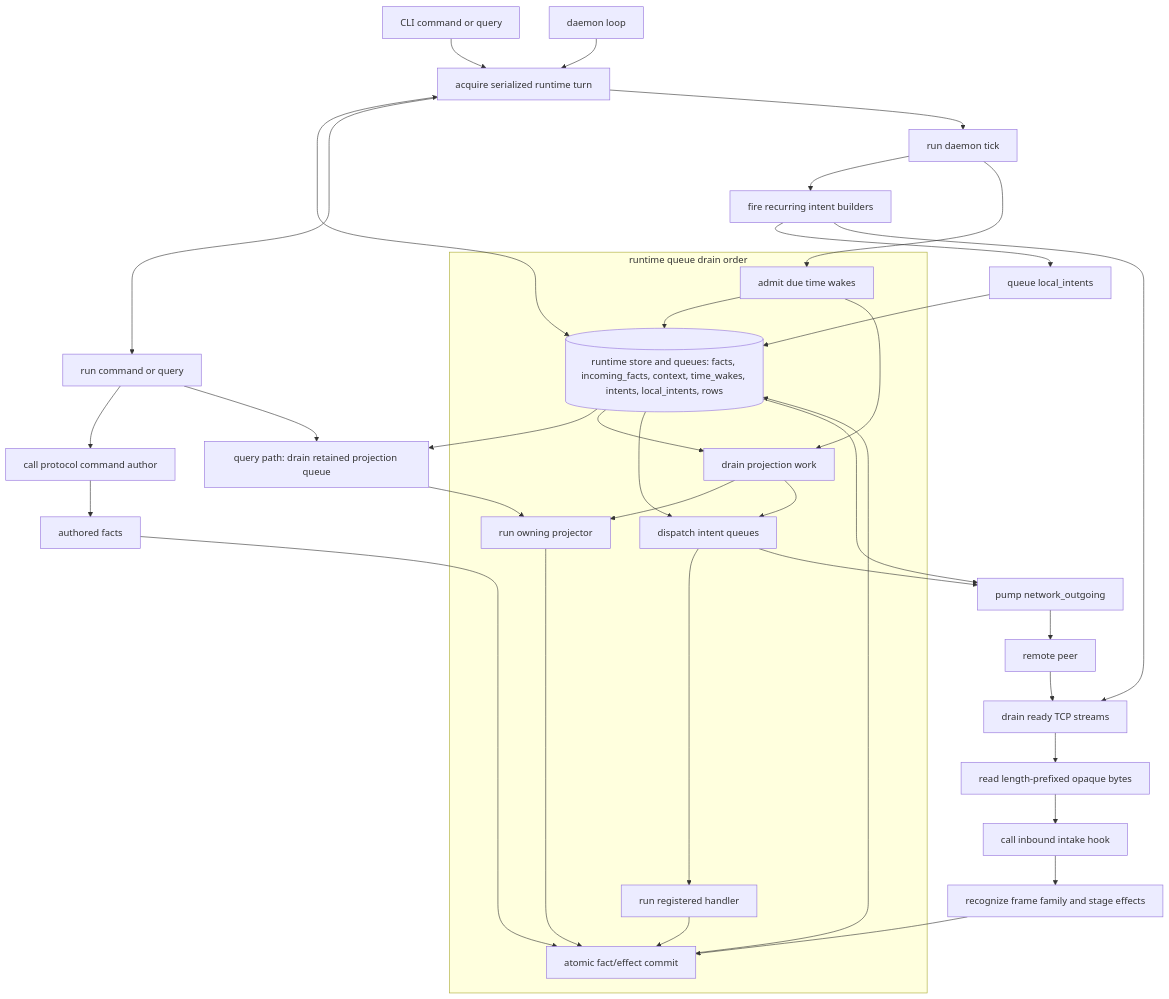
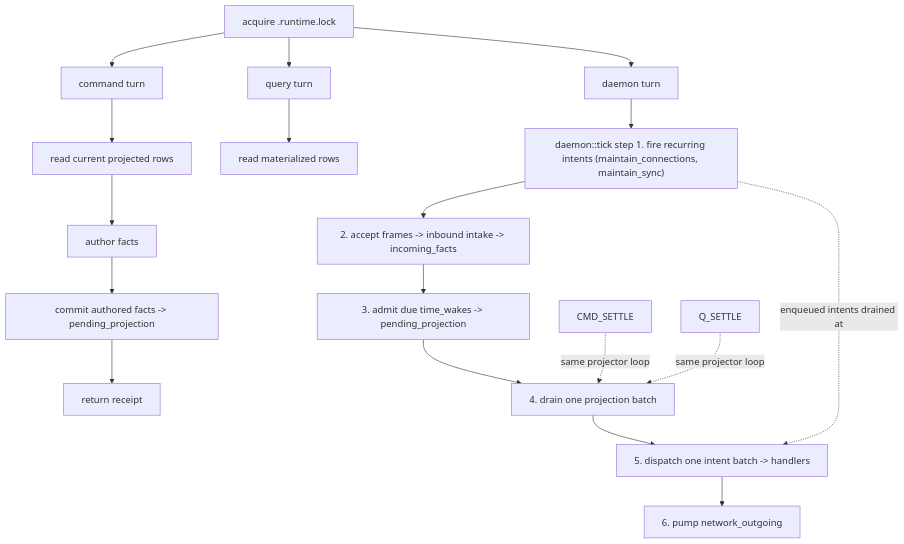
Before and after one commit to holmesworcester/poc-10: the second of 4 diagrams in ARCHITECTURE_DIAGRAMS.md, drawn with Mermaid. The commit also changed other lines of this file and 119 other files, not shown here.

Commit message:
Simplify runtime command and queue flow

````diff
--- a/ARCHITECTURE_DIAGRAMS.md
+++ b/ARCHITECTURE_DIAGRAMS.md
@@ -22,44 +120,26 @@
 ```mermaid
-%%{init: {"flowchart": {"wrappingWidth": 320}} }%%
+%%{init: {"flowchart": {"wrappingWidth": 300}} }%%
 flowchart TD
-    CLI["CLI command or query"] --> TURN["acquire serialized runtime turn"]
-    DAEMON["daemon loop"] --> TURN
-    TURN <--> STORE[("runtime store and queues: facts, incoming_facts, context, time_wakes, intents, local_intents, rows")]
+    LOCK["acquire <db>.runtime.lock"]
 
-    TURN --> COMMAND_PATH["run command or query"]
-    COMMAND_PATH --> COMMANDS["call protocol command author"]
-    COMMANDS --> COMMAND_FACTS["authored facts"]
-    COMMAND_FACTS --> COMMIT["atomic fact/effect commit"]
-    COMMAND_PATH --> PREQUERY_QUEUE["query path: drain retained projection queue"]
-    STORE --> PREQUERY_QUEUE
-    PREQUERY_QUEUE --> PROJECTOR
+    LOCK --> CMD["command turn"]
+    CMD --> READ_INPUTS["read current projected rows"]
+    READ_INPUTS --> AUTHOR["author facts"]
+    AUTHOR --> COMMIT_FACTS["commit authored facts -> pending_projection"]
+    COMMIT_FACTS --> RECEIPT["return receipt"]
 
-    TURN --> DAEMON_PATH["run daemon tick"]
-    DAEMON_PATH --> FIRE["fire recurring intent builders"]
-    FIRE --> LOCAL_QUEUE["queue local_intents"]
-    LOCAL_QUEUE --> STORE
-    FIRE --> NET_IN["drain ready TCP streams"]
-    NET_IN --> FRAME["read length-prefixed opaque bytes"]
-    FRAME --> INTAKE["call inbound intake hook"]
-    INTAKE --> RECOGNIZE["recognize frame family and stage effects"]
-    RECOGNIZE --> COMMIT
-    DAEMON_PATH --> TIME["admit due time wakes"]
-    TIME --> STORE
+    LOCK --> Q["query turn"]
+    Q --> READ["read materialized rows"]
 
-    subgraph DRAIN["runtime queue drain order"]
-      TIME --> PROJECTION_A["drain projection work"]
-      STORE --> PROJECTION_A
-      PROJECTION_A --> PROJECTOR["run owning projector"]
-      PROJECTOR --> COMMIT
-      PROJECTION_A --> DISPATCH["dispatch intent queues"]
-      STORE --> DISPATCH
-      DISPATCH --> HANDLERS["run registered handler"]
-      HANDLERS --> COMMIT
-    end
+    LOCK --> TICK["daemon turn"]
+    TICK --> T0["daemon::tick step 1. fire recurring intents (maintain_connections, maintain_sync)"]
+    T0 --> T1["2. accept frames -> inbound intake -> incoming_facts"]
+    T1 --> T2["3. admit due time_wakes -> pending_projection"]
+    T2 --> T3["4. drain one projection batch"]
+    T3 --> T4["5. dispatch one intent batch -> handlers"]
+    T4 --> T5["6. pump network_outgoing"]
 
-    COMMIT --> STORE
-    DISPATCH --> NET_OUT["pump network_outgoing"]
-    STORE --> NET_OUT
-    NET_OUT --> PEER["remote peer"]
-    PEER --> NET_IN
+    T0 -.enqueued intents drained at.-> T4
+    CMD_SETTLE -.same projector loop.-> T3
+    Q_SETTLE -.same projector loop.-> T3
 ```
````
